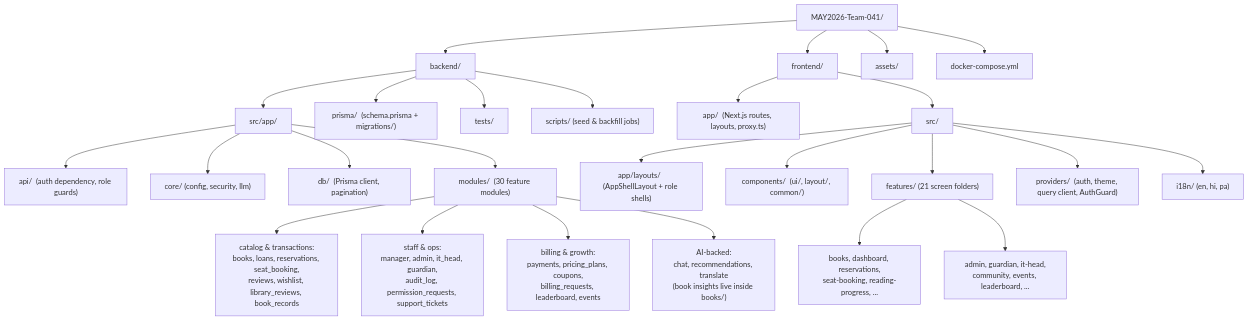
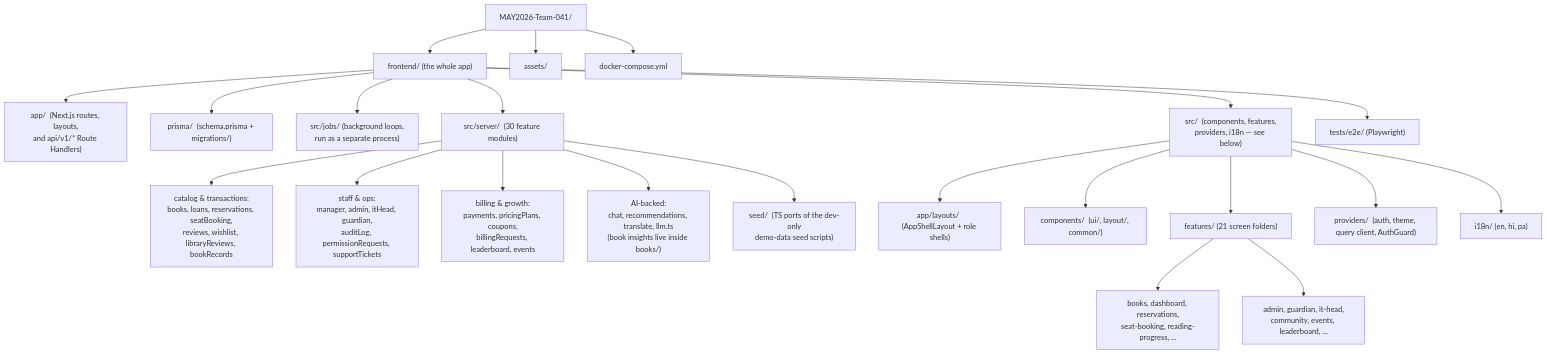
Before and after one commit to 21f1001805/Library_management: the second of 5 diagrams in README.md, drawn with Mermaid. The commit also changed other lines of this file and 23 other files, not shown here.

````diff
--- a/README.md
+++ b/README.md
@@ -113,34 +121,29 @@
 ```mermaid
 flowchart TD
     Root["MAY2026-Team-041/"]
-    Root --> Backend["backend/"]
-    Root --> Frontend["frontend/"]
+    Root --> Frontend["frontend/  (the whole app)"]
     Root --> Assets["assets/"]
     Root --> Compose["docker-compose.yml"]
 
-    Backend --> BApp["src/app/"]
-    Backend --> BPrisma["prisma/  (schema.prisma + migrations/)"]
-    Backend --> BTests["tests/"]
-    Backend --> BScripts["scripts/  (seed &amp; backfill jobs)"]
+    Frontend --> FAppDir["app/  (Next.js routes, layouts,<br/>and api/v1/* Route Handlers)"]
+    Frontend --> FPrisma["prisma/  (schema.prisma + migrations/)"]
+    Frontend --> FJobs["src/jobs/  (background loops,<br/>run as a separate process)"]
+    Frontend --> FServer["src/server/  (30 feature modules)"]
+    Frontend --> FSrcRest["src/  (components, features,<br/>providers, i18n — see below)"]
+    Frontend --> FTests["tests/e2e/  (Playwright)"]
 
-    BApp --> BApi["api/  (auth dependency, role guards)"]
-    BApp --> BCore["core/  (config, security, llm)"]
-    BApp --> BDb["db/  (Prisma client, pagination)"]
-    BApp --> BModules["modules/  (30 feature modules)"]
+    FServer --> SM1["catalog &amp; transactions:<br/>books, loans, reservations, seatBooking,<br/>reviews, wishlist, libraryReviews, bookRecords"]
+    FServer --> SM2["staff &amp; ops:<br/>manager, admin, itHead, guardian,<br/>auditLog, permissionRequests, supportTickets"]
+    FServer --> SM3["billing &amp; growth:<br/>payments, pricingPlans, coupons,<br/>billingRequests, leaderboard, events"]
+    FServer --> SM4["AI-backed:<br/>chat, recommendations, translate, llm.ts<br/>(book insights live inside books/)"]
+    FServer --> SM5["seed/  (TS ports of the dev-only<br/>demo-data seed scripts)"]
 
-    BModules --> BM1["catalog &amp; transactions:<br/>books, loans, reservations, seat_booking,<br/>reviews, wishlist, library_reviews, book_records"]
-    BModules --> BM2["staff &amp; ops:<br/>manager, admin, it_head, guardian,<br/>audit_log, permission_requests, support_tickets"]
-    BModules --> BM3["billing &amp; growth:<br/>payments, pricing_plans, coupons,<br/>billing_requests, leaderboard, events"]
-    BModules --> BM4["AI-backed:<br/>chat, recommendations, translate<br/>(book insights live inside books/)"]
-
-    Frontend --> FAppDir["app/  (Next.js routes, layouts, proxy.ts)"]
-    Frontend --> FSrc["src/"]
-    FSrc --> FAppLayouts["app/layouts/  (AppShellLayout + role shells)"]
-    FSrc --> FComponents["components/  (ui/, layout/, common/)"]
-    FSrc --> FFeatures["features/  (21 screen folders)"]
-    FSrc --> FProviders["providers/  (auth, theme, query client, AuthGuard)"]
-    FSrc --> FI18n["i18n/  (en, hi, pa)"]
+    FSrcRest --> FAppLayouts["app/layouts/  (AppShellLayout + role shells)"]
+    FSrcRest --> FComponents["components/  (ui/, layout/, common/)"]
+    FSrcRest --> FFeatures["features/  (21 screen folders)"]
+    FSrcRest --> FProviders["providers/  (auth, theme, query client, AuthGuard)"]
+    FSrcRest --> FI18n["i18n/  (en, hi, pa)"]
 
     FFeatures --> FF1["books, dashboard, reservations,<br/>seat-booking, reading-progress, ..."]
     FFeatures --> FF2["admin, guardian, it-head,<br/>community, events, leaderboard, ..."]
 ```
````
